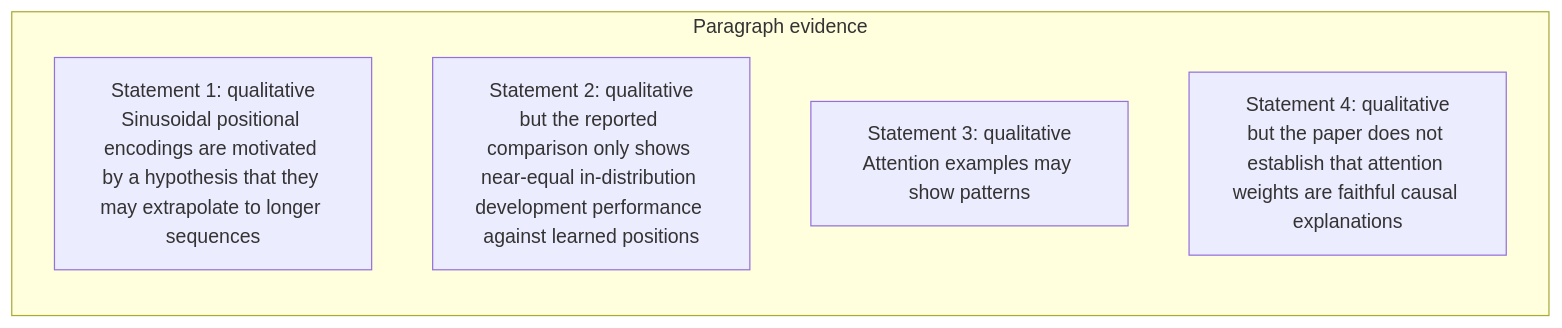
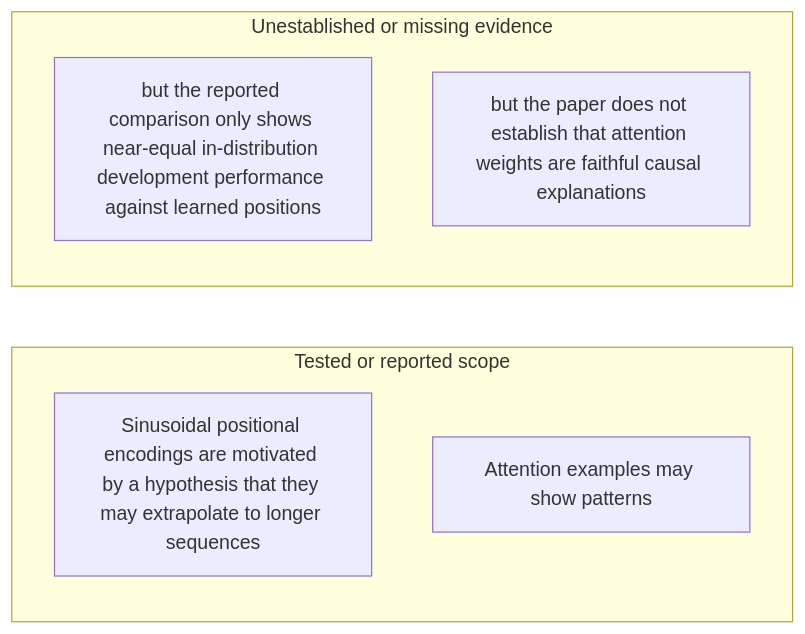
Diagram 43 of 54 in docs/visual-manifests/VISUAL_MANIFEST_ATTENTION_IS_ALL_YOU_NEED.md (Betancourt1/paper_atlas), drawn with Mermaid before and after one commit. The commit also changed other lines of this file and 7 other files, not shown here.

````diff
--- a/docs/visual-manifests/VISUAL_MANIFEST_ATTENTION_IS_ALL_YOU_NEED.md
+++ b/docs/visual-manifests/VISUAL_MANIFEST_ATTENTION_IS_ALL_YOU_NEED.md
@@ -3468,9 +3502,11 @@
 ```mermaid
 flowchart LR
-  subgraph p1["Paragraph evidence"]
-    p1r1["Statement 1: qualitative<br/>Sinusoidal positional encodings are motivated by a hypothesis that they may extrapolate to longer sequences"]
-    p1r2["Statement 2: qualitative<br/>but the reported comparison only shows near-equal in-distribution development performance against learned positions"]
-    p1r3["Statement 3: qualitative<br/>Attention examples may show patterns"]
-    p1r4["Statement 4: qualitative<br/>but the paper does not establish that attention weights are faithful causal explanations"]
+  subgraph g1["Tested or reported scope"]
+    g1i1["Sinusoidal positional encodings are motivated by a hypothesis that they may extrapolate to longer sequences"]
+    g1i2["Attention examples may show patterns"]
+  end
+  subgraph g2["Unestablished or missing evidence"]
+    g2i1["but the reported comparison only shows near-equal in-distribution development performance against learned positions"]
+    g2i2["but the paper does not establish that attention weights are faithful causal explanations"]
   end
 ```
````
